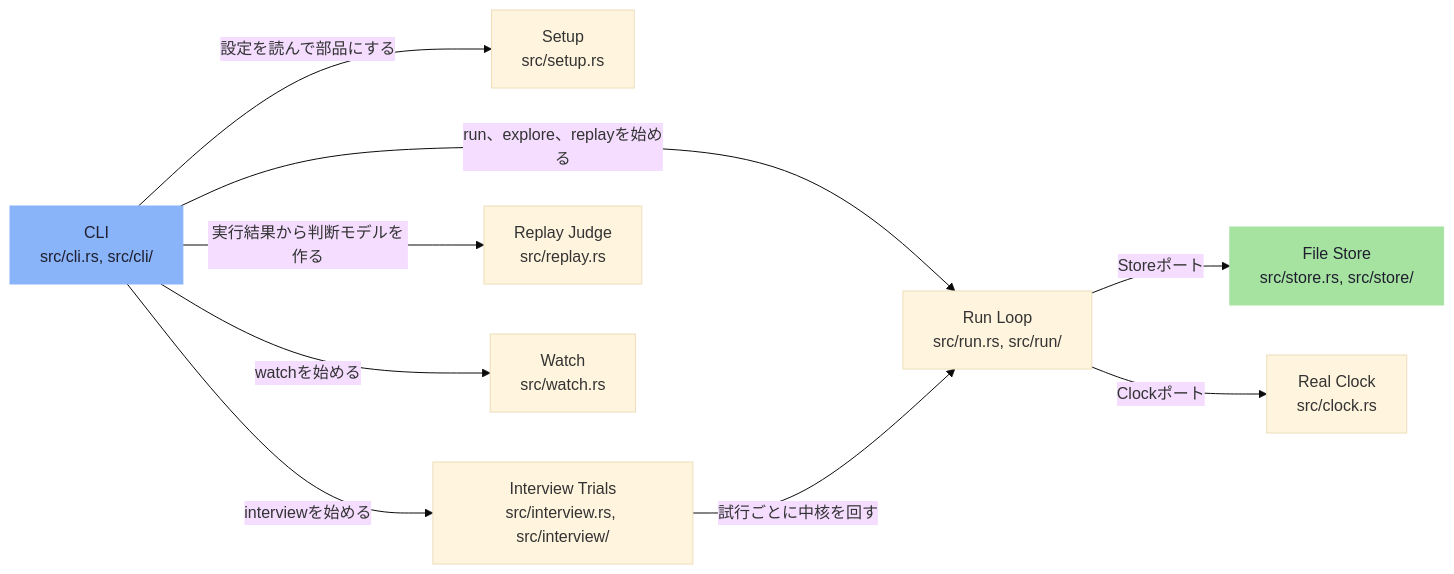
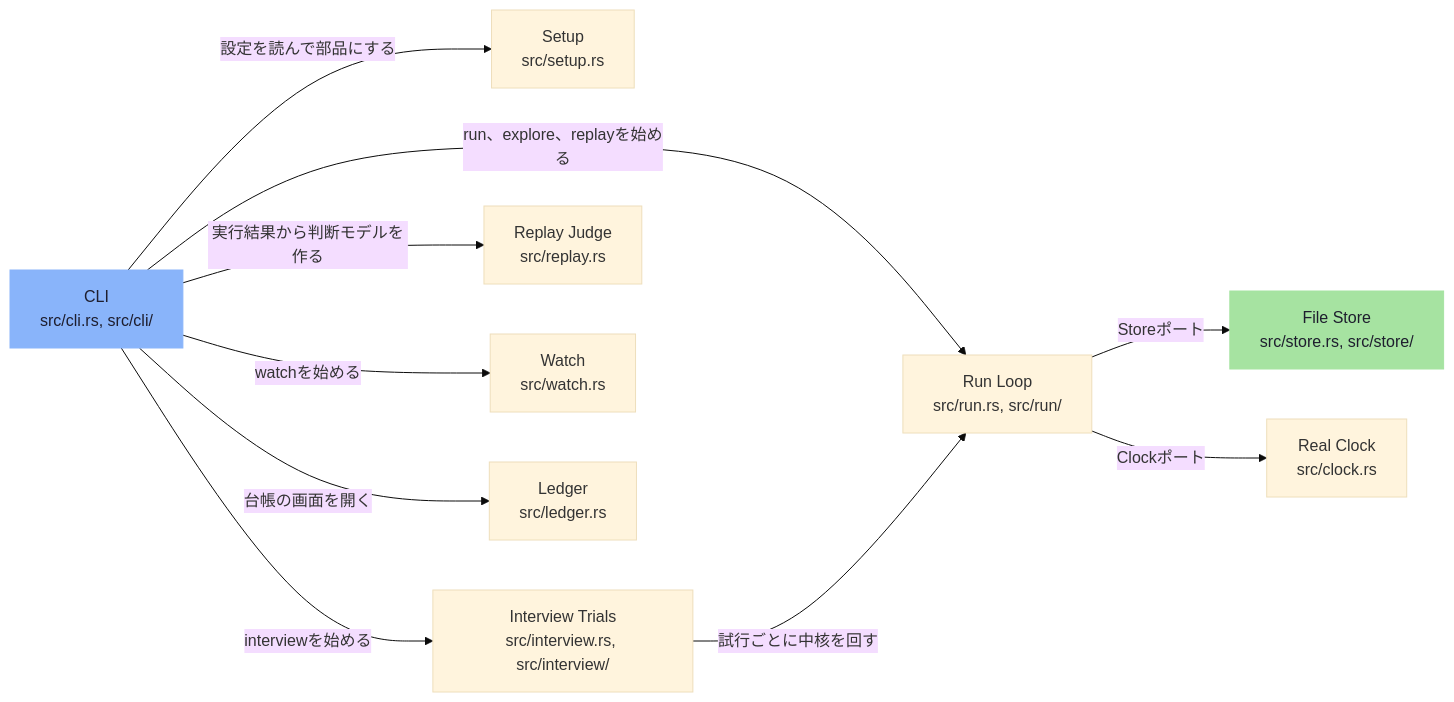
The diagram in .omm/overall-architecture/webqa/diagram.mmd (Hakkadaikon/webqa-explorer), drawn with Mermaid (base theme) before and after one commit. The commit also changed 13 other files, not shown here.

First line of the commit message:
docs(arch): diff-review の指摘に合わせて設計書と図を直す

```diff
--- a/.omm/overall-architecture/webqa/diagram.mmd
+++ b/.omm/overall-architecture/webqa/diagram.mmd
@@ -1,19 +1,21 @@
 graph LR
     cli["CLI\nsrc/cli.rs, src/cli/"]:::entry
     setup["Setup\nsrc/setup.rs"]
     run-loop["Run Loop\nsrc/run.rs, src/run/"]
     interview-trials["Interview Trials\nsrc/interview.rs, src/interview/"]
     replay-judge["Replay Judge\nsrc/replay.rs"]
     watch["Watch\nsrc/watch.rs"]
+    ledger["Ledger\nsrc/ledger.rs"]
     file-store["File Store\nsrc/store.rs, src/store/"]:::store
     real-clock["Real Clock\nsrc/clock.rs"]
     cli -->|"設定を読んで部品にする"| setup
     cli -->|"run、explore、replayを始める"| run-loop
     cli -->|"interviewを始める"| interview-trials
     cli -->|"実行結果から判断モデルを作る"| replay-judge
     cli -->|"watchを始める"| watch
+    cli -->|"台帳の画面を開く"| ledger
     interview-trials -->|"試行ごとに中核を回す"| run-loop
     run-loop -->|"Storeポート"| file-store
     run-loop -->|"Clockポート"| real-clock
     classDef entry fill:#89b4fa,stroke:#89b4fa,color:#1e1e2e
     classDef store fill:#a6e3a1,stroke:#a6e3a1,color:#1e1e2e
```
